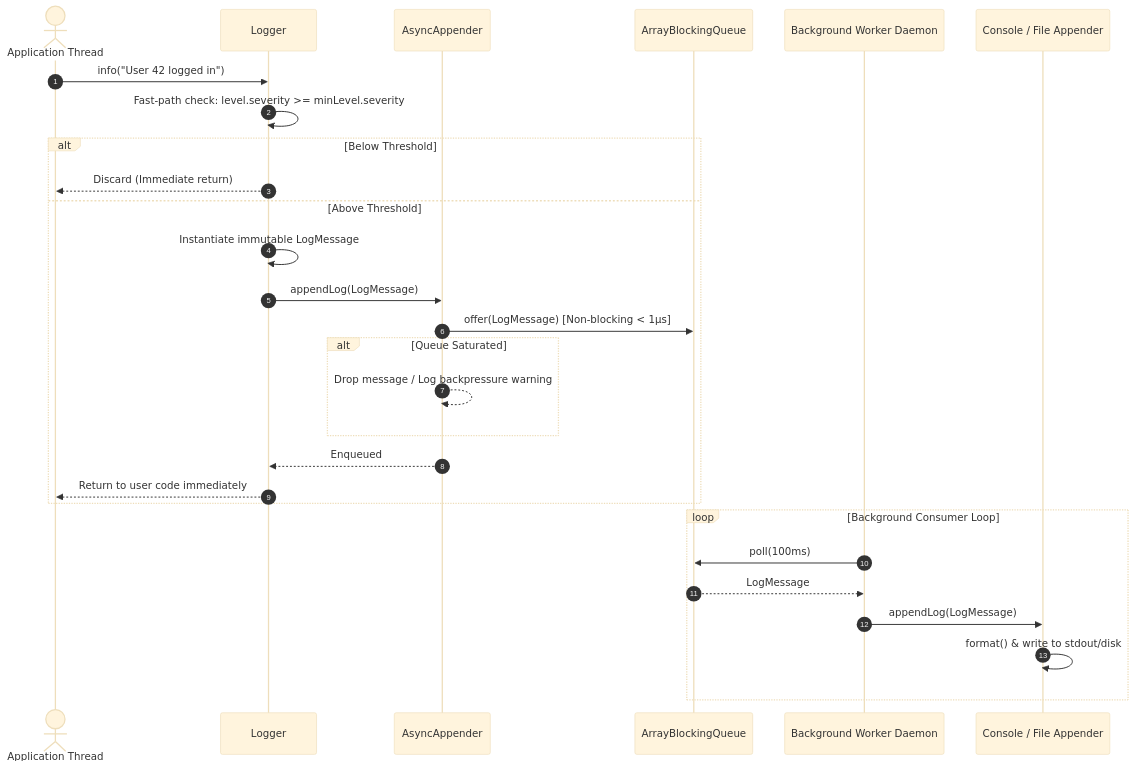
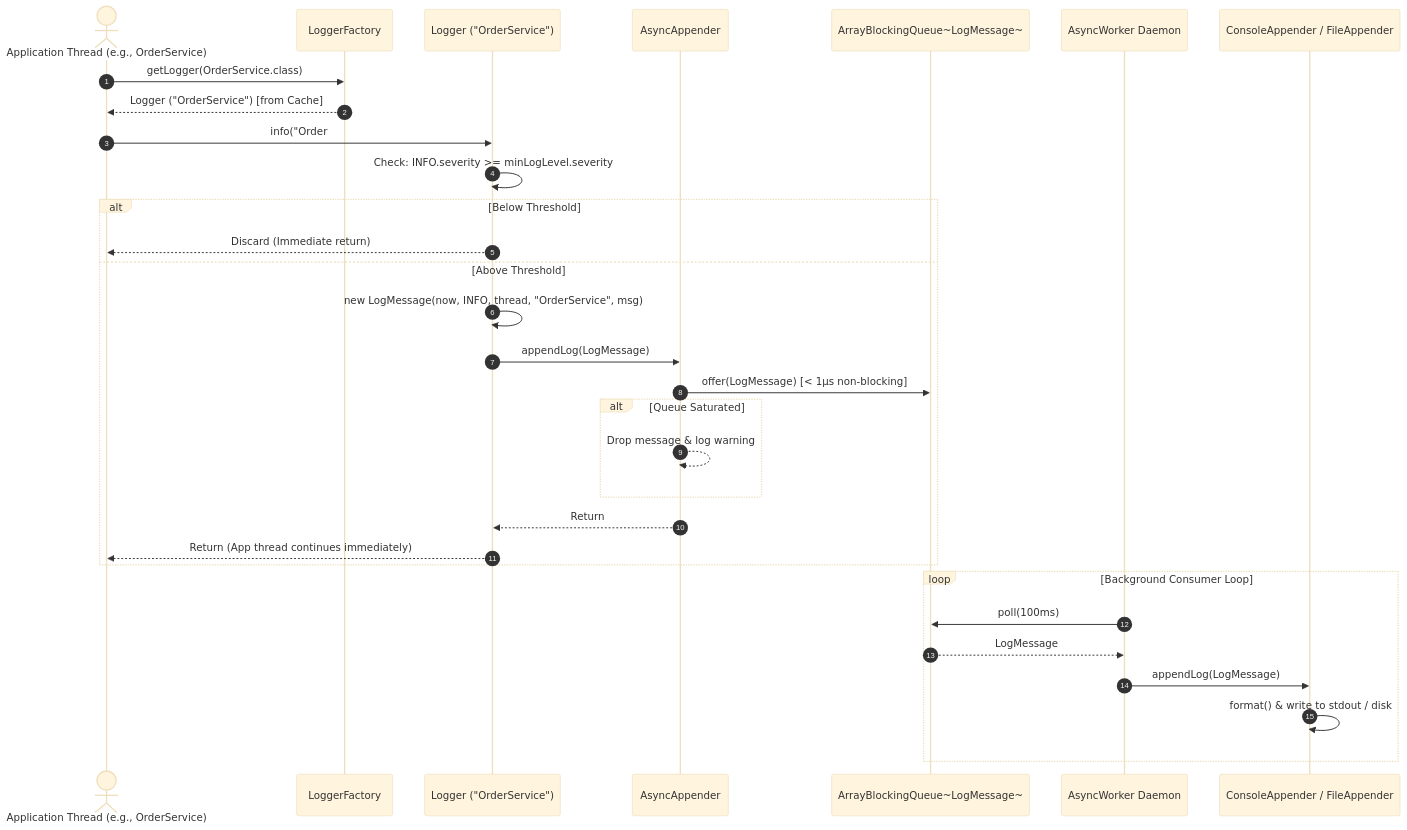
The third of 3 diagrams in logging-framework-lld/README.md (JyotimoyKashyap/system-design-labs), drawn with Mermaid (base theme) before and after one commit. The commit also changed other lines of this file and 6 other files, not shown here.

Commit message:
feat : Added LoggerFactory

````diff
--- a/logging-framework-lld/README.md
+++ b/logging-framework-lld/README.md
@@ -152,32 +266,36 @@
 ```mermaid
 sequenceDiagram
     autonumber
-    actor AppThread as Application Thread
-    participant Logger as Logger
+    actor App as Application Thread (e.g., OrderService)
+    participant Factory as LoggerFactory
+    participant Log as Logger ("OrderService")
     participant Async as AsyncAppender
-    participant Queue as ArrayBlockingQueue
-    participant Worker as Background Worker Daemon
-    participant Sink as Console / File Appender
+    participant Queue as ArrayBlockingQueue~LogMessage~
+    participant Worker as AsyncWorker Daemon
+    participant Sink as ConsoleAppender / FileAppender
 
-    AppThread->>Logger: info("User 42 logged in")
-    Logger->>Logger: Fast-path check: level.severity >= minLevel.severity
+    App->>Factory: getLogger(OrderService.class)
+    Factory-->>App: Logger ("OrderService") [from Cache]
+
+    App->>Log: info("Order #101 created")
+    Log->>Log: Check: INFO.severity >= minLogLevel.severity
     alt Below Threshold
-        Logger-->>AppThread: Discard (Immediate return)
+        Log-->>App: Discard (Immediate return)
     else Above Threshold
-        Logger->>Logger: Instantiate immutable LogMessage
-        Logger->>Async: appendLog(LogMessage)
-        Async->>Queue: offer(LogMessage) [Non-blocking < 1µs]
+        Log->>Log: new LogMessage(now, INFO, thread, "OrderService", msg)
+        Log->>Async: appendLog(LogMessage)
+        Async->>Queue: offer(LogMessage) [< 1µs non-blocking]
         alt Queue Saturated
-            Async-->>Async: Drop message / Log backpressure warning
+            Async-->>Async: Drop message & log warning
         end
-        Async-->>Logger: Enqueued
-        Logger-->>AppThread: Return to user code immediately
+        Async-->>Log: Return
+        Log-->>App: Return (App thread continues immediately)
     end
 
     loop Background Consumer Loop
         Worker->>Queue: poll(100ms)
         Queue-->>Worker: LogMessage
         Worker->>Sink: appendLog(LogMessage)
-        Sink->>Sink: format() & write to stdout/disk
+        Sink->>Sink: format() & write to stdout / disk
     end
 ```
````
